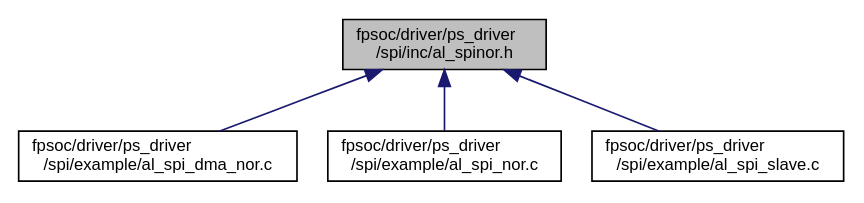
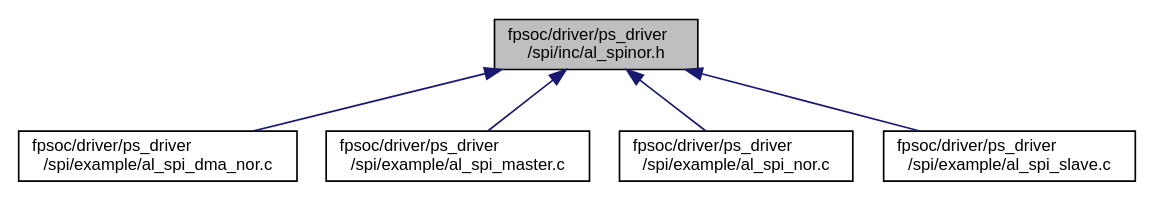
Before and after one commit to wugensheng-code/sdk: the diagram in docs/drivers/spi/al__spinor_8h__dep__incl.dot, drawn with Graphviz. The commit also changed 3688 other files, not shown here.

```diff
--- a/docs/drivers/spi/al__spinor_8h__dep__incl.dot
+++ b/docs/drivers/spi/al__spinor_8h__dep__incl.dot
@@ -1,12 +1,14 @@
 digraph "fpsoc/driver/ps_driver/spi/inc/al_spinor.h"
 {
   edge [fontname="Helvetica",fontsize="10",labelfontname="Helvetica",labelfontsize="10"];
   node [fontname="Helvetica",fontsize="10",shape=record];
   Node1 [label="fpsoc/driver/ps_driver\l/spi/inc/al_spinor.h",height=0.2,width=0.4,color="black", fillcolor="grey75", style="filled", fontcolor="black"];
   Node1 -> Node2 [dir="back",color="midnightblue",fontsize="10",style="solid",fontname="Helvetica"];
-  Node2 [label="fpsoc/driver/ps_driver\l/spi/example/al_spi_dma_nor.c",height=0.2,width=0.4,color="black", fillcolor="white", style="filled",URL="$al__spi__dma__nor_8c.html"];
+  Node2 [label="fpsoc/driver/ps_driver\l/spi/example/al_spi_dma_nor.c",height=0.2,width=0.4,color="black", fillcolor="white", style="filled",URL="$al__spi__dma__nor_8c.html",tooltip="al_spi_dma_nor example "];
   Node1 -> Node3 [dir="back",color="midnightblue",fontsize="10",style="solid",fontname="Helvetica"];
-  Node3 [label="fpsoc/driver/ps_driver\l/spi/example/al_spi_nor.c",height=0.2,width=0.4,color="black", fillcolor="white", style="filled",URL="$al__spi__nor_8c.html"];
+  Node3 [label="fpsoc/driver/ps_driver\l/spi/example/al_spi_master.c",height=0.2,width=0.4,color="black", fillcolor="white", style="filled",URL="$al__spi__master_8c.html",tooltip="al_spi_master example "];
   Node1 -> Node4 [dir="back",color="midnightblue",fontsize="10",style="solid",fontname="Helvetica"];
-  Node4 [label="fpsoc/driver/ps_driver\l/spi/example/al_spi_slave.c",height=0.2,width=0.4,color="black", fillcolor="white", style="filled",URL="$al__spi__slave_8c.html"];
+  Node4 [label="fpsoc/driver/ps_driver\l/spi/example/al_spi_nor.c",height=0.2,width=0.4,color="black", fillcolor="white", style="filled",URL="$al__spi__nor_8c.html",tooltip="al_spi_nor example "];
+  Node1 -> Node5 [dir="back",color="midnightblue",fontsize="10",style="solid",fontname="Helvetica"];
+  Node5 [label="fpsoc/driver/ps_driver\l/spi/example/al_spi_slave.c",height=0.2,width=0.4,color="black", fillcolor="white", style="filled",URL="$al__spi__slave_8c.html",tooltip="al_spi_slave example "];
 }
```
